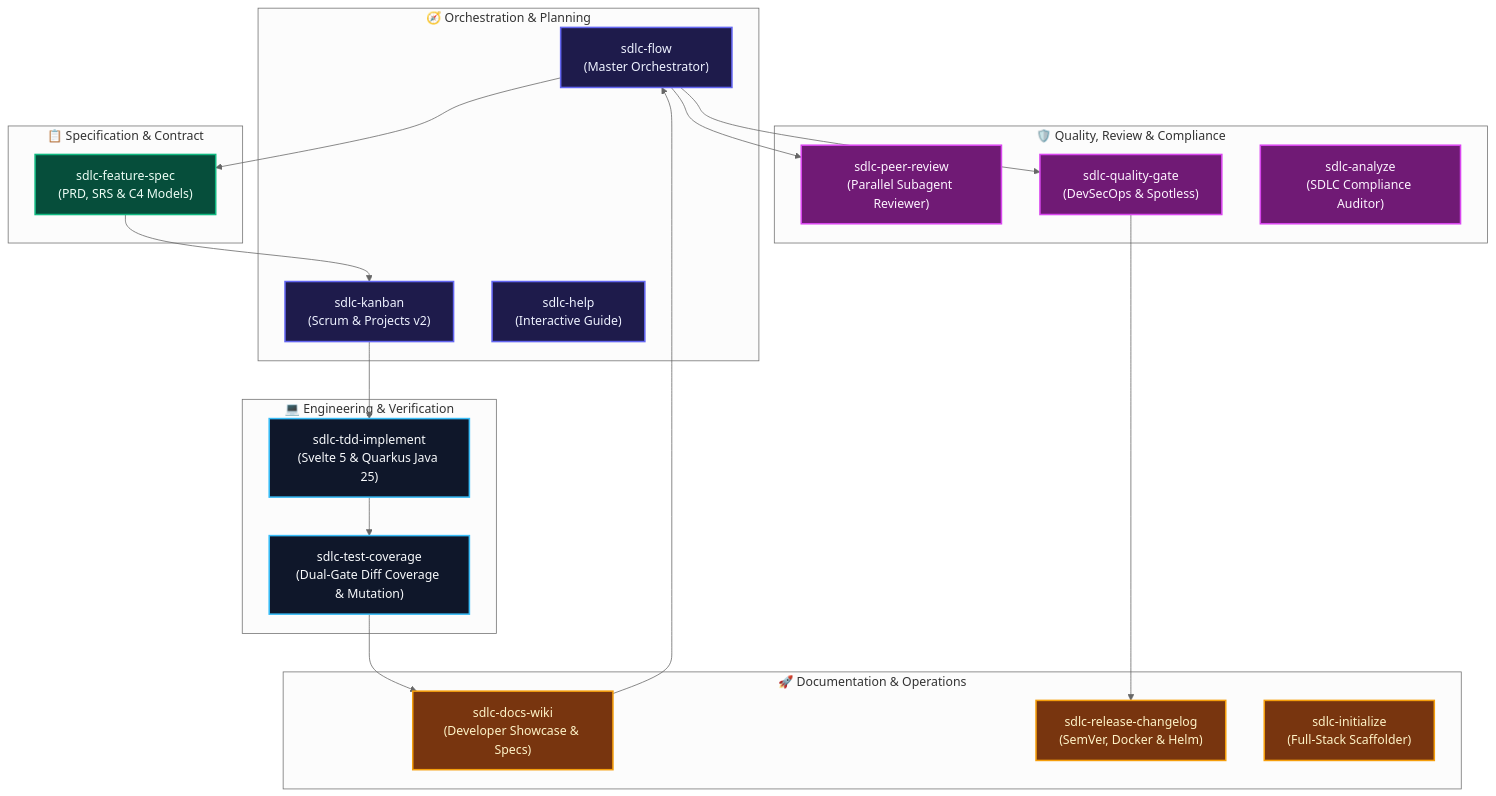
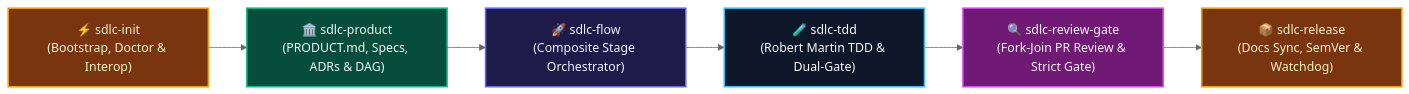
The diagram in wiki/Skills-Reference.md (fmatar/sealit), drawn with Mermaid (neutral theme) before and after one commit. The commit also changed other lines of this file and 61 other files, not shown here.

First line of the commit message:
feat(sdlc): v0.1.0 hardening (CAP-01..CAP-06), ADR-002 6-skill consolidation & hybrid architecture diff UI (#68) (#74)

````diff
--- a/wiki/Skills-Reference.md
+++ b/wiki/Skills-Reference.md
@@ -9,45 +9,14 @@
 ```mermaid
-flowchart TD
+flowchart LR
     classDef orch fill:#1E1B4B,stroke:#6366F1,stroke-width:2px,color:#EEF2FF
     classDef spec fill:#064E3B,stroke:#10B981,stroke-width:2px,color:#ECFDF5
     classDef code fill:#0F172A,stroke:#38BDF8,stroke-width:2px,color:#F8FAFC
     classDef gate fill:#701A75,stroke:#D946EF,stroke-width:2px,color:#FDF4FF
     classDef ops fill:#78350F,stroke:#F59E0B,stroke-width:2px,color:#FEF3C7
 
-    subgraph OrchestrationDomain ["🧭 Orchestration & Planning"]
-        Flow["sdlc-flow<br/>(Master Orchestrator)"]:::orch
-        Kanban["sdlc-kanban<br/>(Scrum & Projects v2)"]:::orch
-        Help["sdlc-help<br/>(Interactive Guide)"]:::orch
-    end
-
-    subgraph ArchitectureDomain ["📋 Specification & Contract"]
-        Spec["sdlc-feature-spec<br/>(PRD, SRS & C4 Models)"]:::spec
-    end
-
-    subgraph EngineeringDomain ["💻 Engineering & Verification"]
-        TDD["sdlc-tdd-implement<br/>(Svelte 5 & Quarkus Java 25)"]:::code
-        Coverage["sdlc-test-coverage<br/>(Dual-Gate Diff Coverage & Mutation)"]:::code
-    end
-
-    subgraph GovernanceDomain ["🛡️ Quality, Review & Compliance"]
-        Review["sdlc-peer-review<br/>(Parallel Subagent Reviewer)"]:::gate
-        Gate["sdlc-quality-gate<br/>(DevSecOps & Spotless)"]:::gate
-        Audit["sdlc-analyze<br/>(SDLC Compliance Auditor)"]:::gate
-    end
-
-    subgraph ReleaseDomain ["🚀 Documentation & Operations"]
-        Docs["sdlc-docs-wiki<br/>(Developer Showcase & Specs)"]:::ops
-        Release["sdlc-release-changelog<br/>(SemVer, Docker & Helm)"]:::ops
-        Init["sdlc-initialize<br/>(Full-Stack Scaffolder)"]:::ops
-    end
-
-    Flow --> Spec
-    Spec --> Kanban
-    Kanban --> TDD
-    TDD --> Coverage
-    Coverage --> Docs
-    Docs --> Flow
-    Flow --> Review
-    Flow --> Gate
-    Gate --> Release
+    Init["⚡ sdlc-init\n(Bootstrap, Doctor & Interop)"]:::ops --> Product["🏛️ sdlc-product\n(PRODUCT.md, Specs, ADRs & DAG)"]:::spec
+    Product --> Flow["🚀 sdlc-flow\n(Composite Stage Orchestrator)"]:::orch
+    Flow --> TDD["🧪 sdlc-tdd\n(Robert Martin TDD & Dual-Gate)"]:::code
+    TDD --> ReviewGate["🔍 sdlc-review-gate\n(Fork-Join PR Review & Strict Gate)"]:::gate
+    ReviewGate --> Release["📦 sdlc-release\n(Docs Sync, SemVer & Watchdog)"]:::ops
 ```
````
